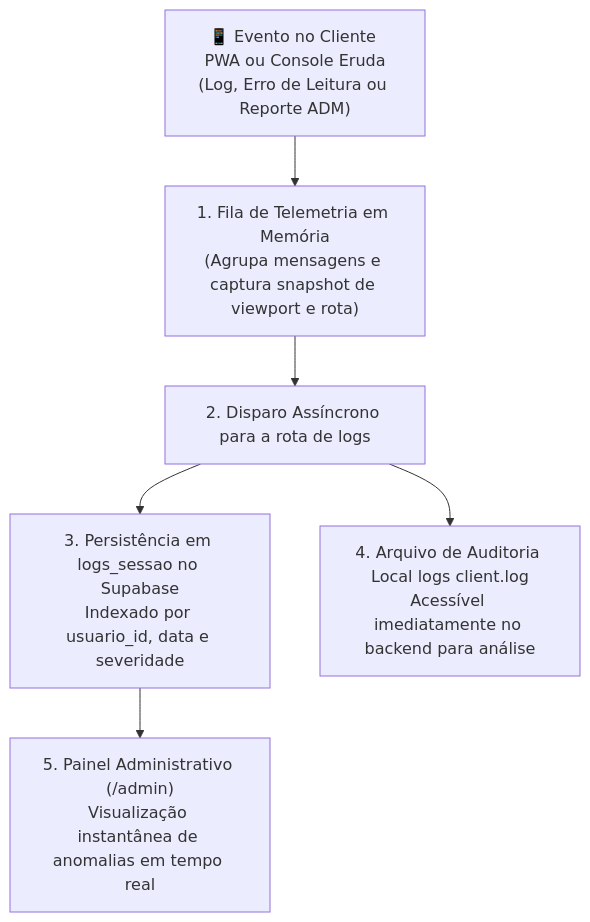
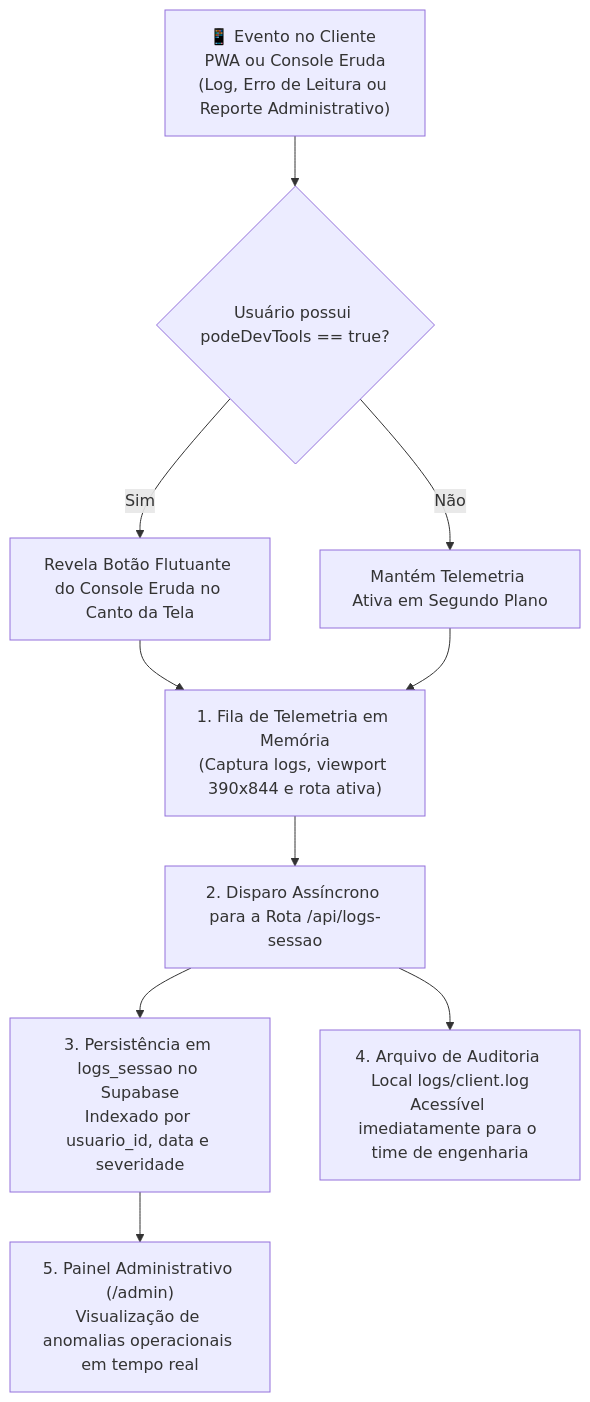
Before and after one commit to NaejBarbosa/paletscan-etl: the fourth of 4 diagrams in docs/pwa-relatorios-auditoria.md, drawn with Mermaid. The commit also changed other lines of this file and 5 other files, not shown here.

Commit message:
docs(pwa): atualizar documentação com RLS Supabase, restrição de marcas, RBAC multi-filial e diagramas verticais

````diff
--- a/docs/pwa-relatorios-auditoria.md
+++ b/docs/pwa-relatorios-auditoria.md
@@ -84,14 +112,20 @@
 ```mermaid
 flowchart TD
-    CONSOLE["📱 Evento no Cliente PWA ou Console Eruda\n(Log, Erro de Leitura ou Reporte ADM)"]
+    CONSOLE["📱 Evento no Cliente PWA ou Console Eruda\n(Log, Erro de Leitura ou Reporte Administrativo)"]
     
-    CONSOLE --> BATCH["1. Fila de Telemetria em Memória\n(Agrupa mensagens e captura snapshot de viewport e rota)"]
+    CONSOLE --> PERM_CHECK{"Usuário possui podeDevTools == true?"}
     
-    BATCH --> POST["2. Disparo Assíncrono para a rota de logs"]
+    PERM_CHECK -->|Sim| SHOW_ERUDA["Revela Botão Flutuante do Console Eruda no Canto da Tela"]
+    PERM_CHECK -->|Não| SILENT_QUEUE["Mantém Telemetria Ativa em Segundo Plano"]
+    
+    SHOW_ERUDA --> BATCH["1. Fila de Telemetria em Memória\n(Captura logs, viewport 390x844 e rota ativa)"]
+    SILENT_QUEUE --> BATCH
+    
+    BATCH --> POST["2. Disparo Assíncrono para a Rota /api/logs-sessao"]
     
     POST --> BD["3. Persistência em logs_sessao no Supabase\nIndexado por usuario_id, data e severidade"]
     
-    POST --> FILE["4. Arquivo de Auditoria Local logs client.log\nAcessível imediatamente no backend para análise"]
+    POST --> FILE["4. Arquivo de Auditoria Local logs/client.log\nAcessível imediatamente para o time de engenharia"]
     
-    BD --> ADMIN["5. Painel Administrativo (/admin)\nVisualização instantânea de anomalias em tempo real"]
+    BD --> ADMIN["5. Painel Administrativo (/admin)\nVisualização de anomalias operacionais em tempo real"]
 ```
````
